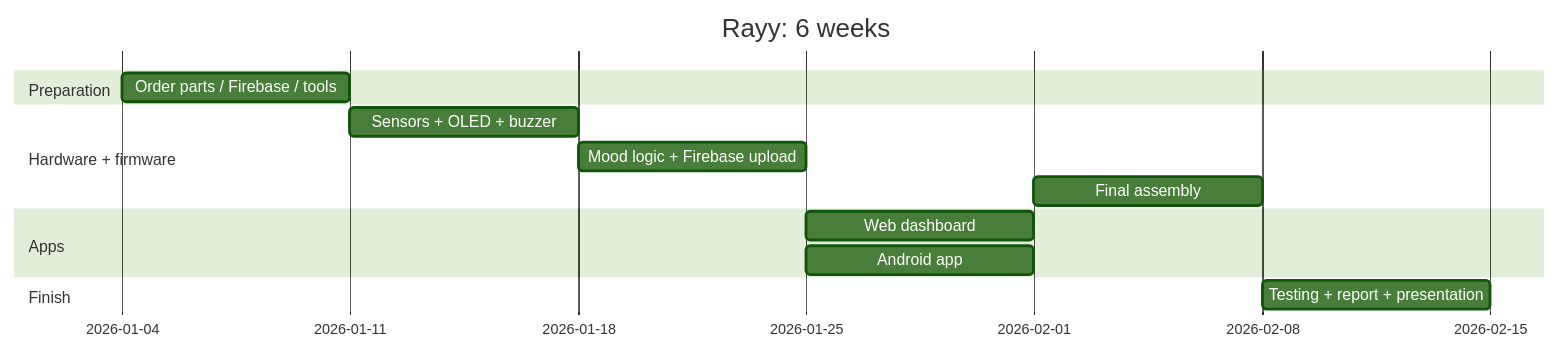
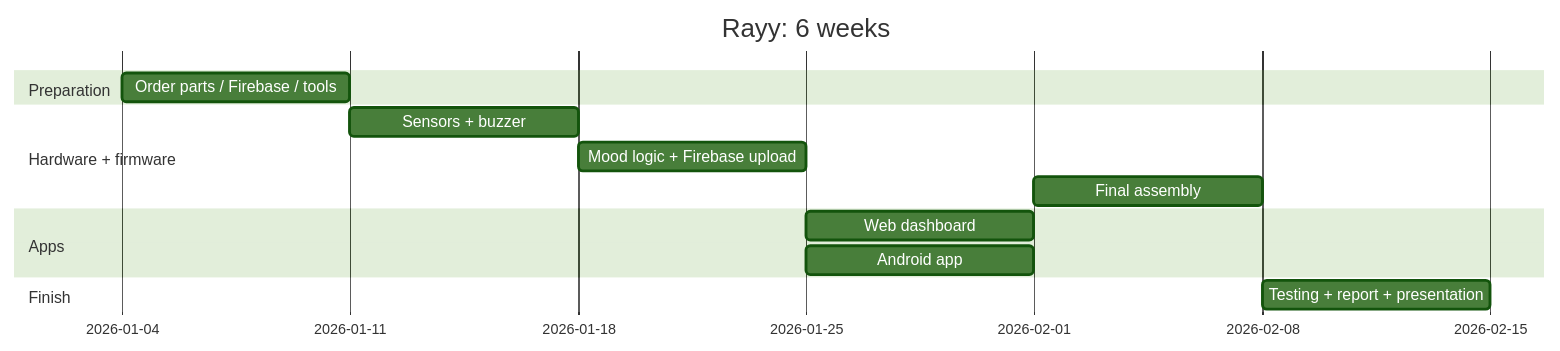
Before and after one commit to HassanDiab95/CLAUDE: the diagram in rayy/docs/09-project-plan.md, drawn with Mermaid (forest theme). The commit also changed other lines of this file and 34 other files, not shown here.

````diff
--- a/rayy/docs/09-project-plan.md
+++ b/rayy/docs/09-project-plan.md
@@ -27,16 +27,16 @@
 ```mermaid
 gantt
   dateFormat  YYYY-MM-DD
   title Rayy: 6 weeks
   section Preparation
   Order parts / Firebase / tools     :a1, 2026-01-04, 7d
   section Hardware + firmware
-  Sensors + OLED + buzzer            :a2, after a1, 7d
+  Sensors + buzzer                   :a2, after a1, 7d
   Mood logic + Firebase upload       :a3, after a2, 7d
   Final assembly                     :a4, 2026-02-01, 7d
   section Apps
   Web dashboard                      :b1, 2026-01-25, 7d
   Android app                        :b2, 2026-01-25, 7d
   section Finish
   Testing + report + presentation    :c1, 2026-02-08, 7d
 ```
````
